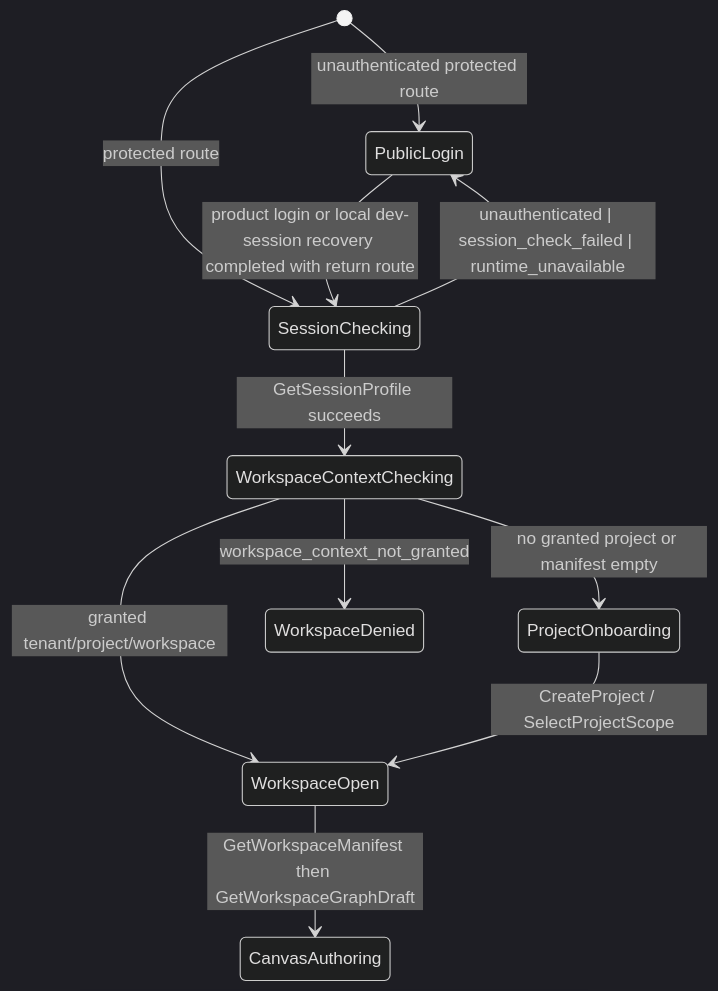
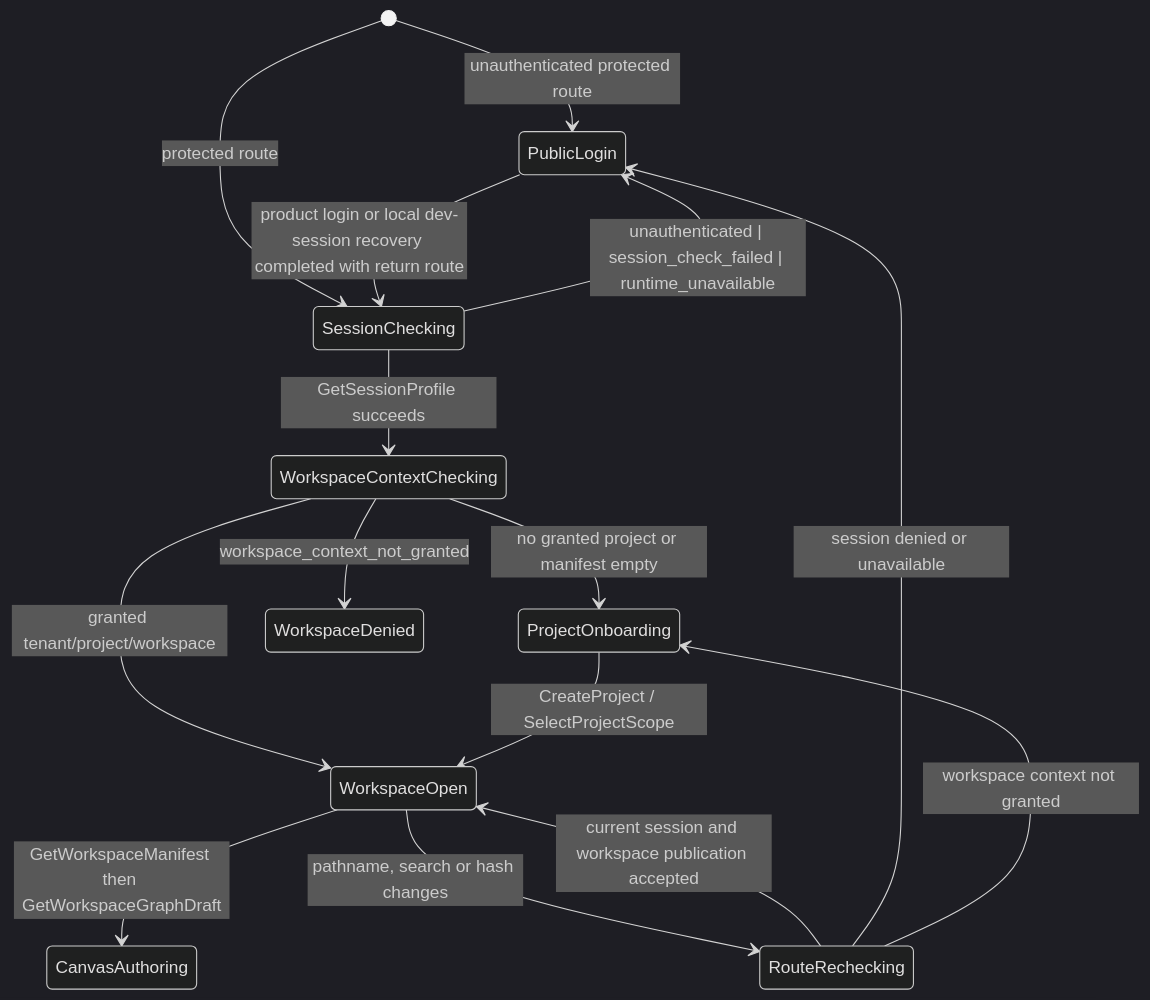
The first of 4 diagrams in docs/architecture/components/web/appshell/web-auth-project-onboarding-component.md (dunay2/dvt), drawn with Mermaid (dark theme) before and after one commit. The commit also changed other lines of this file and 424 other files, not shown here.

````diff
--- a/docs/architecture/components/web/appshell/web-auth-project-onboarding-component.md
+++ b/docs/architecture/components/web/appshell/web-auth-project-onboarding-component.md
@@ -81,13 +90,17 @@
 ```mermaid
 stateDiagram-v2
   [*] --> PublicLogin: unauthenticated protected route
   [*] --> SessionChecking: protected route
   PublicLogin --> SessionChecking: product login or local dev-session recovery completed with return route
   SessionChecking --> WorkspaceContextChecking: GetSessionProfile succeeds
   SessionChecking --> PublicLogin: unauthenticated | session_check_failed | runtime_unavailable
   WorkspaceContextChecking --> ProjectOnboarding: no granted project or manifest empty
   WorkspaceContextChecking --> WorkspaceDenied: workspace_context_not_granted
   WorkspaceContextChecking --> WorkspaceOpen: granted tenant/project/workspace
   ProjectOnboarding --> WorkspaceOpen: CreateProject / SelectProjectScope
   WorkspaceOpen --> CanvasAuthoring: GetWorkspaceManifest then GetWorkspaceGraphDraft
+  WorkspaceOpen --> RouteRechecking: pathname, search or hash changes
+  RouteRechecking --> WorkspaceOpen: current session and workspace publication accepted
+  RouteRechecking --> PublicLogin: session denied or unavailable
+  RouteRechecking --> ProjectOnboarding: workspace context not granted
 ```
````
